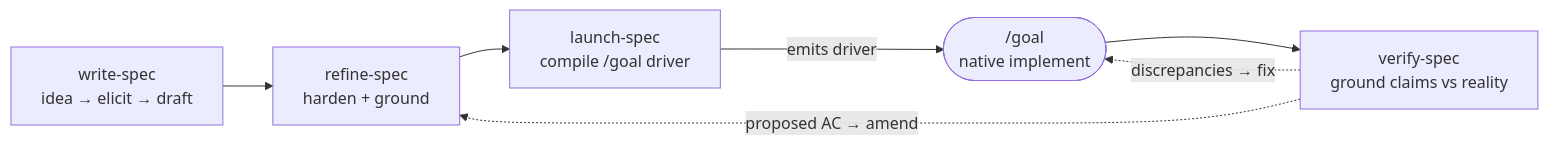
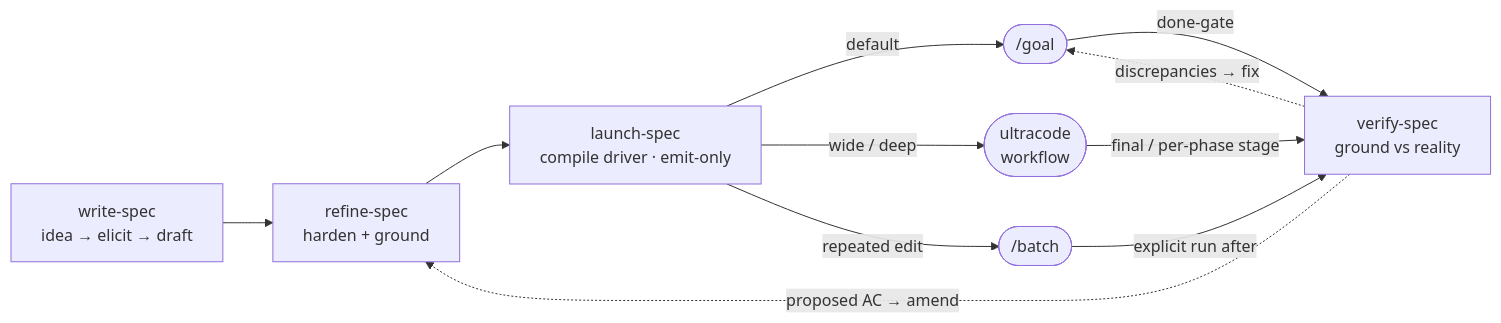
Before and after one commit to zakattack9/agentic-coding: the diagram in claude-code/plugins/spec-ops/README.md, drawn with Mermaid. The commit also changed other lines of this file and 3 other files, not shown here.

First line of the commit message:
docs(spec-ops): verify-spec gates all 3 launch drivers + 3-driver mermaid — v0.15.0

````diff
--- a/claude-code/plugins/spec-ops/README.md
+++ b/claude-code/plugins/spec-ops/README.md
@@ -5,9 +5,13 @@
 ```mermaid
 flowchart LR
     W["write-spec<br/>idea → elicit → draft"] --> R["refine-spec<br/>harden + ground"]
-    R --> L["launch-spec<br/>compile /goal driver"]
-    L -->|emits driver| G(["/goal<br/>native implement"])
-    G --> V["verify-spec<br/>ground claims vs reality"]
-    V -. discrepancies → fix .-> G
-    V -. proposed AC → amend .-> R
+    R --> L["launch-spec<br/>compile driver · emit-only"]
+    L -->|default| G(["/goal"])
+    L -->|wide / deep| U(["ultracode<br/>workflow"])
+    L -->|repeated edit| B(["/batch"])
+    G -->|done-gate| V["verify-spec<br/>ground vs reality"]
+    U -->|final / per-phase stage| V
+    B -->|explicit run after| V
+    V -. "discrepancies → fix" .-> G
+    V -. "proposed AC → amend" .-> R
 ```
````
